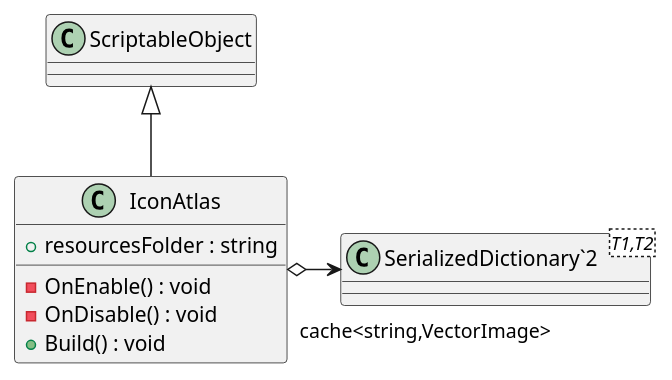
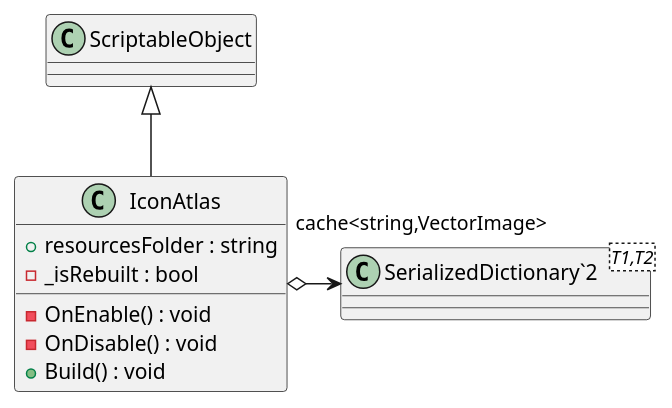
Before and after one commit to Ubus99/AVRO-Simulation: the diagram in Assets/Documentation/UML/Scripts/UI/Icons/IconAtlas.puml, drawn with PlantUML. The commit also changed 55 other files, not shown here.

```diff
--- a/Assets/Documentation/UML/Scripts/UI/Icons/IconAtlas.puml
+++ b/Assets/Documentation/UML/Scripts/UI/Icons/IconAtlas.puml
@@ -1,12 +1,13 @@
 @startuml
 class IconAtlas {
     + resourcesFolder : string
+    - _isRebuilt : bool
     - OnEnable() : void
     - OnDisable() : void
     + Build() : void
 }
 class "SerializedDictionary`2"<T1,T2> {
 }
 ScriptableObject <|-- IconAtlas
 IconAtlas o-> "cache<string,VectorImage>" "SerializedDictionary`2"
 @enduml
```
